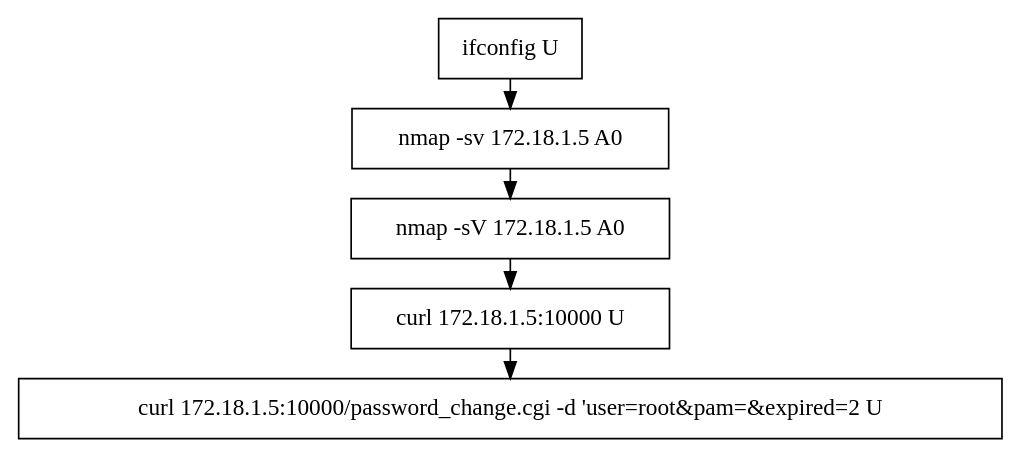
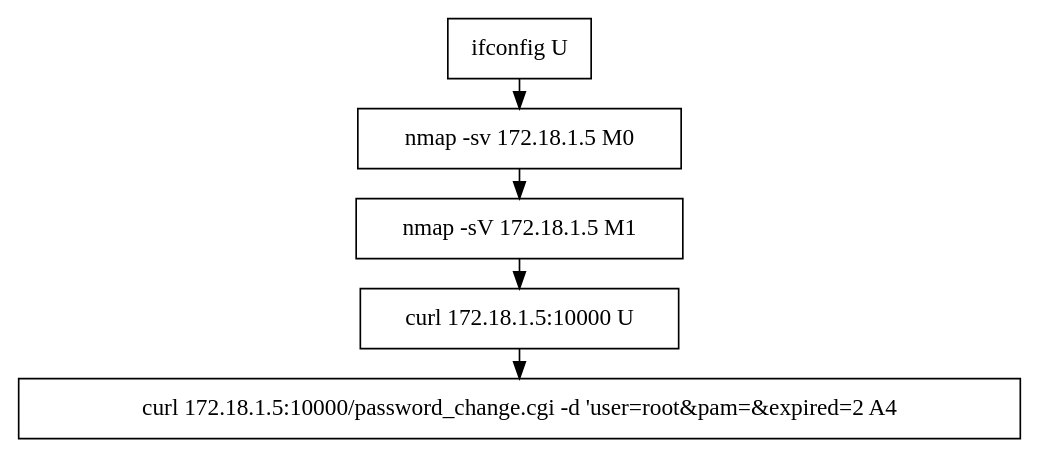
Before and after one commit to edurange/edurange-flask: the diagram in log_analysis/kypo-git4/kypo_output_79_all_graph.dot, drawn with Graphviz. The commit also changed 89 other files, not shown here.

```diff
--- a/log_analysis/kypo-git4/kypo_output_79_all_graph.dot
+++ b/log_analysis/kypo-git4/kypo_output_79_all_graph.dot
@@ -1,14 +1,14 @@
 // creating graph for user: 79
 digraph {
 	node [shape=box]
 	0 [label="ifconfig U"]
-	1 [label="nmap -sv 172.18.1.5 A0 "]
-	2 [label="nmap -sV 172.18.1.5 A0 "]
+	1 [label="nmap -sv 172.18.1.5 M0 "]
+	2 [label="nmap -sV 172.18.1.5 M1 "]
 	3 [label="curl 172.18.1.5:10000 U"]
-	4 [label="curl 172.18.1.5:10000/password_change.cgi -d 'user=root&pam=&expired=2 U"]
+	4 [label="curl 172.18.1.5:10000/password_change.cgi -d 'user=root&pam=&expired=2 A4 "]
 	0 -> 1 [constraint=false]
 	1 -> 2 [constraint=false]
 	2 -> 3 [constraint=false]
 	3 -> 4 [constraint=false]
 	rankdir=LR
 }
```
